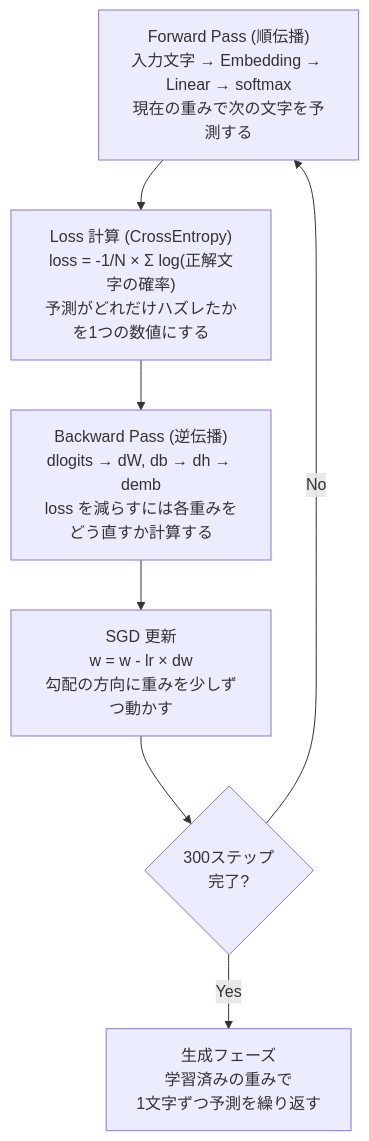
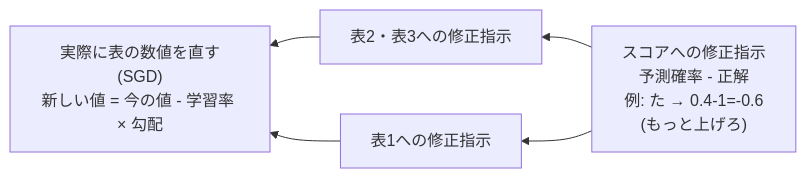
The third of 3 diagrams in architecture.md (tommykey0925/rawminilm), drawn with Mermaid before and after one commit. The commit also changed other lines of this file and 1 other file, not shown here.

````diff
--- a/architecture.md
+++ b/architecture.md
@@ -26,13 +92,10 @@
 ```mermaid
-flowchart TD
-    A["Forward Pass (順伝播)<br>入力文字 → Embedding → Linear → softmax<br>現在の重みで次の文字を予測する"]
-    B["Loss 計算 (CrossEntropy)<br>loss = -1/N × Σ log(正解文字の確率)<br>予測がどれだけハズレたかを1つの数値にする"]
-    C["Backward Pass (逆伝播)<br>dlogits → dW, db → dh → demb<br>loss を減らすには各重みをどう直すか計算する"]
-    D["SGD 更新<br>w = w - lr × dw<br>勾配の方向に重みを少しずつ動かす"]
-    E{"300ステップ<br>完了?"}
-    F["生成フェーズ<br>学習済みの重みで<br>1文字ずつ予測を繰り返す"]
+flowchart RL
+    A["スコアへの修正指示<br>予測確率 - 正解<br>例: た → 0.4-1=-0.6<br>(もっと上げろ)"]
+    B["表2・表3への修正指示"]
+    C["表1への修正指示"]
+    D["実際に表の数値を直す<br>(SGD)<br>新しい値 = 今の値 - 学習率 × 勾配"]
 
-    A --> B --> C --> D --> E
-    E -- "No" --> A
-    E -- "Yes" --> F
+    A --> B --> D
+    A --> C --> D
 ```
````
